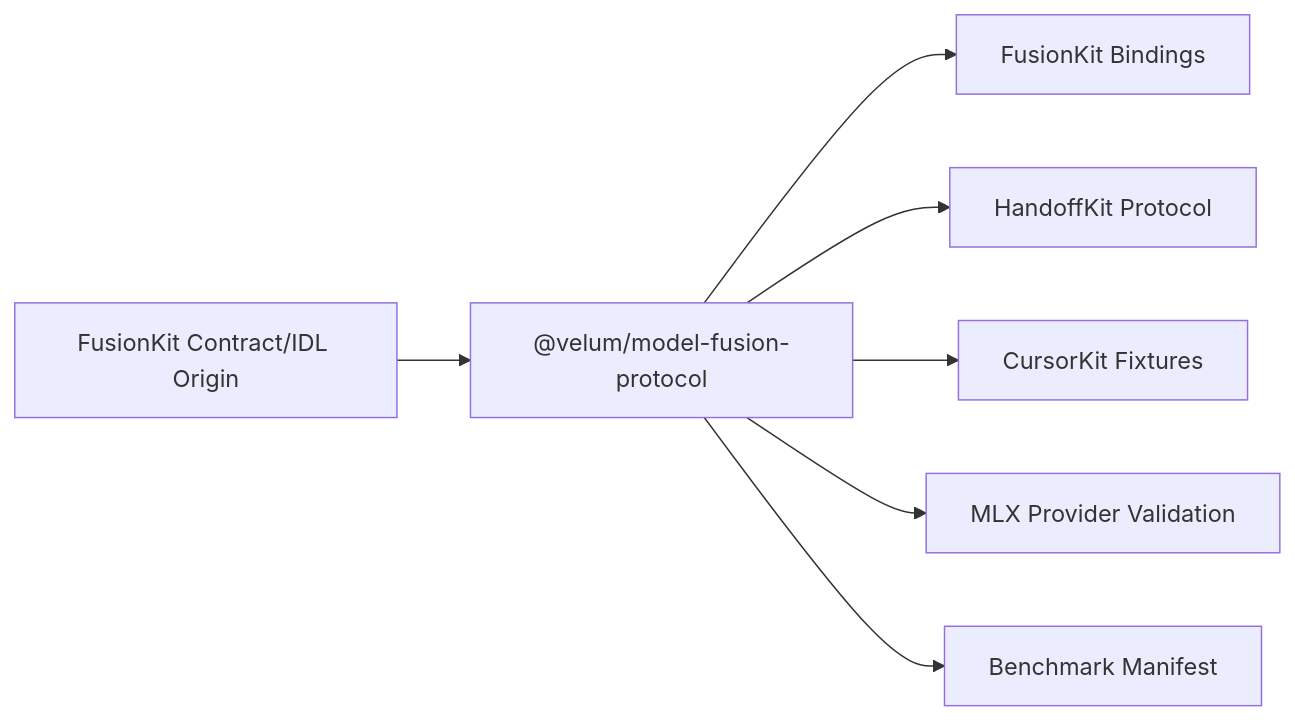
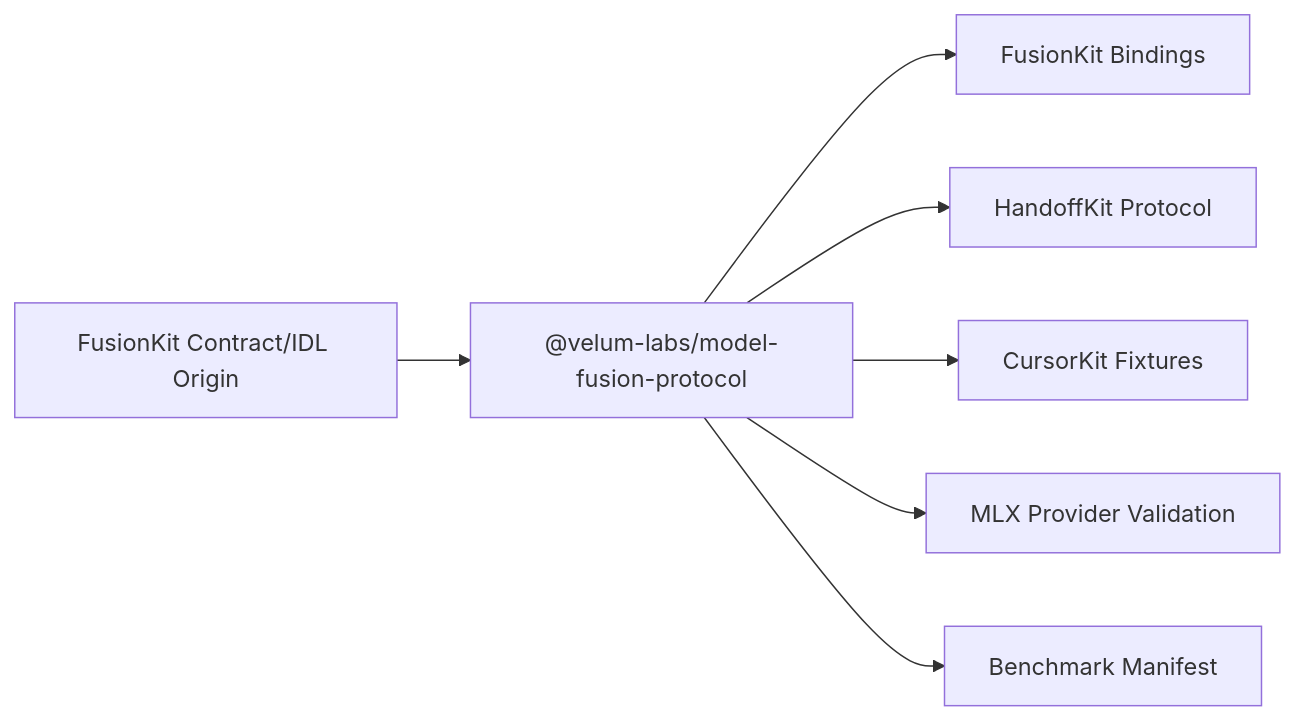
One commit to velum-labs/handoffkit changed the diagram in spec/model-fusion-contract/README.md. Above: the diagram before and after it, drawn with Mermaid. The commit also changed other lines of this file and 7 other files, not shown here.

Commit message:
Rename model fusion protocol npm scope (#4)

````diff
--- a/spec/model-fusion-contract/README.md
+++ b/spec/model-fusion-contract/README.md
@@ -74,9 +74,9 @@
 ```mermaid
 flowchart LR
-  MF00["FusionKit Contract/IDL Origin"] --> PKG["@velum/model-fusion-protocol"]
+  MF00["FusionKit Contract/IDL Origin"] --> PKG["@velum-labs/model-fusion-protocol"]
   PKG --> MF01["FusionKit Bindings"]
   PKG --> MF02["HandoffKit Protocol"]
   PKG --> MF03["CursorKit Fixtures"]
   PKG --> MF04["MLX Provider Validation"]
   PKG --> MF50["Benchmark Manifest"]
 ```
````
